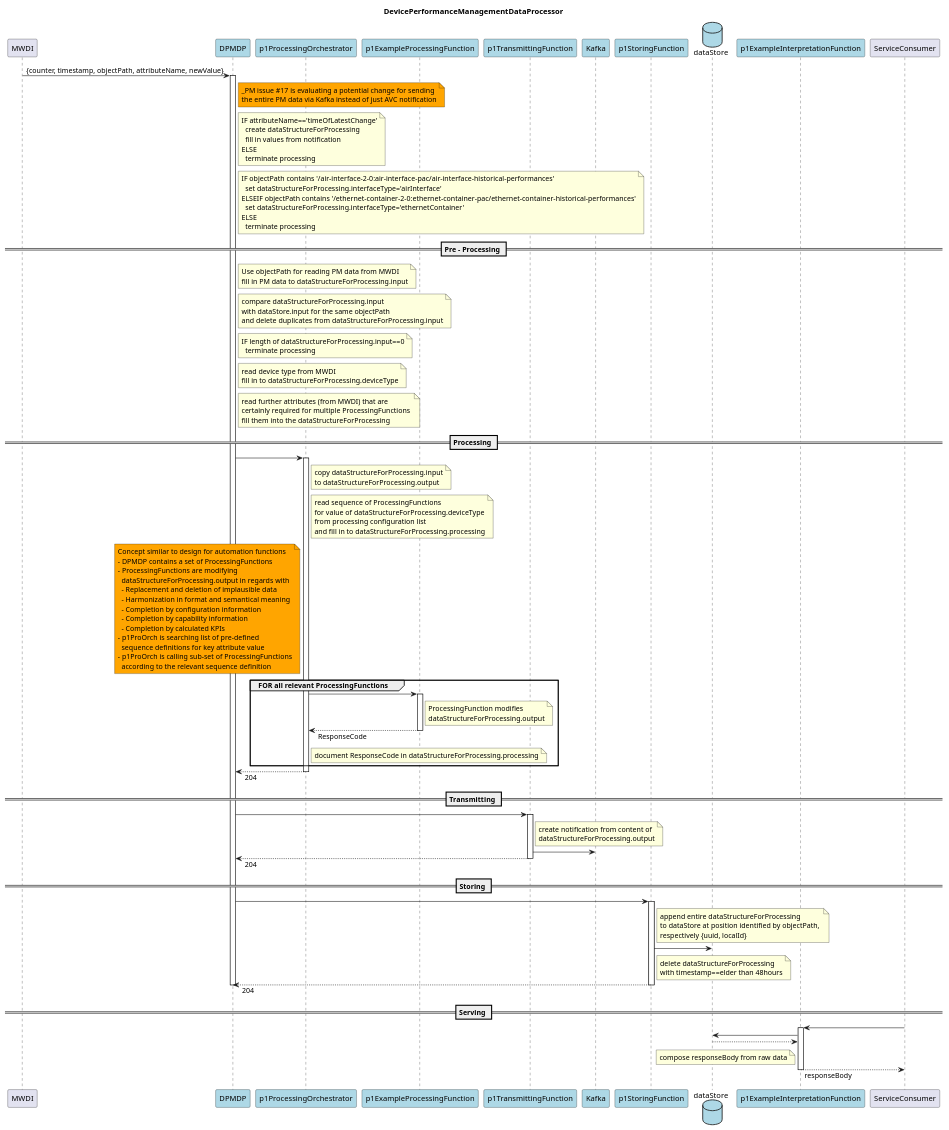
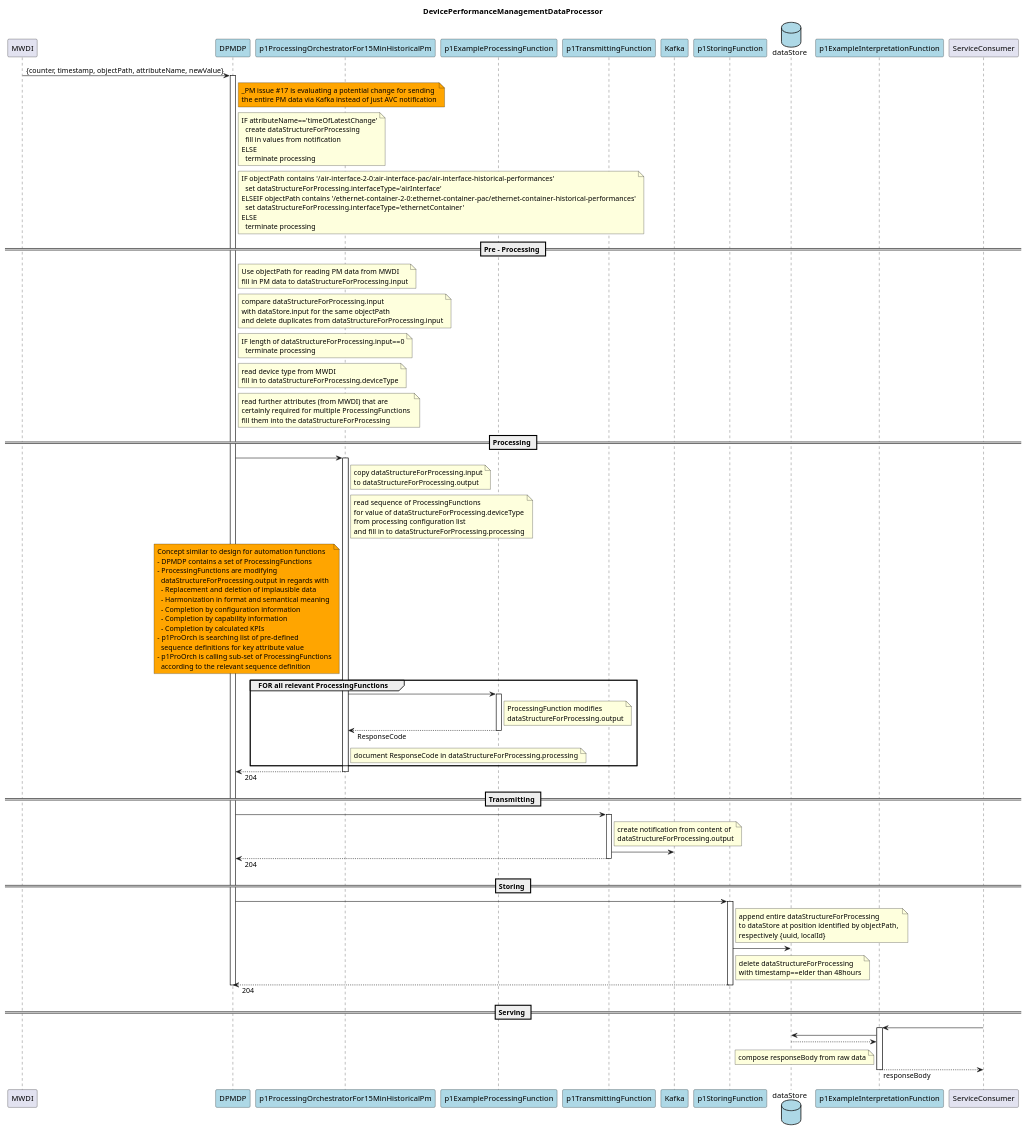
One commit to openBackhaul/DevicePerformanceManagementDataProcessor changed the diagram in spec/diagrams/_highlevel-overview [draft]/00_overview.plantuml. Above: the diagram before and after it, drawn with PlantUML. The commit also changed 15 other files, not shown here.

```diff
--- a/spec/diagrams/_highlevel-overview [draft]/00_overview.plantuml
+++ b/spec/diagrams/_highlevel-overview [draft]/00_overview.plantuml
@@ -1,185 +1,185 @@
 @startuml 00_overview
 skinparam responseMessageBelowArrow true
 
 title
 DevicePerformanceManagementDataProcessor
 end title
 
 participant "MWDI" as mwdi
 participant "DPMDP" as dpmdp #LightBlue
-participant "p1ProcessingOrchestrator" as p1ProOrch #LightBlue
+participant "p1ProcessingOrchestratorFor15MinHistoricalPm" as p1ProOrch #LightBlue
 participant "p1ExampleProcessingFunction" as p1Process #LightBlue
 participant "p1TransmittingFunction" as p1Trans #LightBlue
 participant "Kafka" as kafka #LightBlue
 participant "p1StoringFunction" as p1Store #LightBlue
 database "dataStore" as db #LightBlue
 participant "p1ExampleInterpretationFunction" as p1Interpret #LightBlue
 participant "ServiceConsumer" as consumer
 
 mwdi -> dpmdp : {counter, timestamp, objectPath, attributeName, newValue}
 activate dpmdp
 
 note right dpmdp #Orange
   _PM issue #17 is evaluating a potential change for sending 
   the entire PM data via Kafka instead of just AVC notification
 end note
 
 note right dpmdp
   IF attributeName=='timeOfLatestChange'
     create dataStructureForProcessing
     fill in values from notification
   ELSE
     terminate processing
 end note
 
 note right dpmdp
   IF objectPath contains '/air-interface-2-0:air-interface-pac/air-interface-historical-performances'
     set dataStructureForProcessing.interfaceType='airInterface'
   ELSEIF objectPath contains '/ethernet-container-2-0:ethernet-container-pac/ethernet-container-historical-performances'
     set dataStructureForProcessing.interfaceType='ethernetContainer'
   ELSE
     terminate processing
 end note
 
 
 == Pre - Processing ==
 
 note right dpmdp
   Use objectPath for reading PM data from MWDI
   fill in PM data to dataStructureForProcessing.input
 end note
 
 note right dpmdp
   compare dataStructureForProcessing.input
   with dataStore.input for the same objectPath
   and delete duplicates from dataStructureForProcessing.input
 end note
 
 note right dpmdp
   IF length of dataStructureForProcessing.input==0
     terminate processing
 end note
 
 note right dpmdp
   read device type from MWDI
   fill in to dataStructureForProcessing.deviceType
 end note
 
 note right dpmdp
   read further attributes (from MWDI) that are
   certainly required for multiple ProcessingFunctions 
   fill them into the dataStructureForProcessing
 end note
 
 
 == Processing ==
 
 dpmdp -> p1ProOrch
 activate p1ProOrch
 
 note right p1ProOrch
   copy dataStructureForProcessing.input
   to dataStructureForProcessing.output
 end note
 
 note right p1ProOrch
   read sequence of ProcessingFunctions
   for value of dataStructureForProcessing.deviceType
   from processing configuration list
   and fill in to dataStructureForProcessing.processing
 end note
 
 note left p1ProOrch #Orange
   Concept similar to design for automation functions
   - DPMDP contains a set of ProcessingFunctions
   - ProcessingFunctions are modifying
     dataStructureForProcessing.output in regards with
     - Replacement and deletion of implausible data
     - Harmonization in format and semantical meaning
     - Completion by configuration information
     - Completion by capability information
     - Completion by calculated KPIs
   - p1ProOrch is searching list of pre-defined
     sequence definitions for key attribute value
   - p1ProOrch is calling sub-set of ProcessingFunctions
     according to the relevant sequence definition
 end note
 
 group FOR all relevant ProcessingFunctions
 
   p1ProOrch -> p1Process
     activate p1Process
     note right p1Process
       ProcessingFunction modifies
       dataStructureForProcessing.output
     end note
   p1ProOrch <-- p1Process : ResponseCode
   deactivate p1Process
 
   note right p1ProOrch
     document ResponseCode in dataStructureForProcessing.processing
   end note
 
 end
 
 dpmdp <-- p1ProOrch : 204
 deactivate p1ProOrch
 
 
 == Transmitting ==
 
 dpmdp -> p1Trans
 activate p1Trans
 
 note right p1Trans
   create notification from content of
   dataStructureForProcessing.output
 end note
 
 p1Trans -> kafka
 
 dpmdp <-- p1Trans : 204
 deactivate p1Trans
 
 
 == Storing ==
 
 dpmdp -> p1Store
 activate p1Store
 
 note right p1Store
   append entire dataStructureForProcessing
   to dataStore at position identified by objectPath, 
   respectively {uuid, localId}
 end note
 
 p1Store -> db
 
 note right p1Store
   delete dataStructureForProcessing 
   with timestamp==elder than 48hours
 end note
 
 dpmdp <-- p1Store : 204
 deactivate p1Store
 
 deactivate dpmdp
 
 
 == Serving ==
 
 consumer -> p1Interpret
 activate p1Interpret
 
 p1Interpret -> db
 p1Interpret <-- db
 
 note left p1Interpret
   compose responseBody from raw data
 end note
 
 consumer <-- p1Interpret : responseBody
 deactivate p1Interpret
 
 
 @enduml
```
